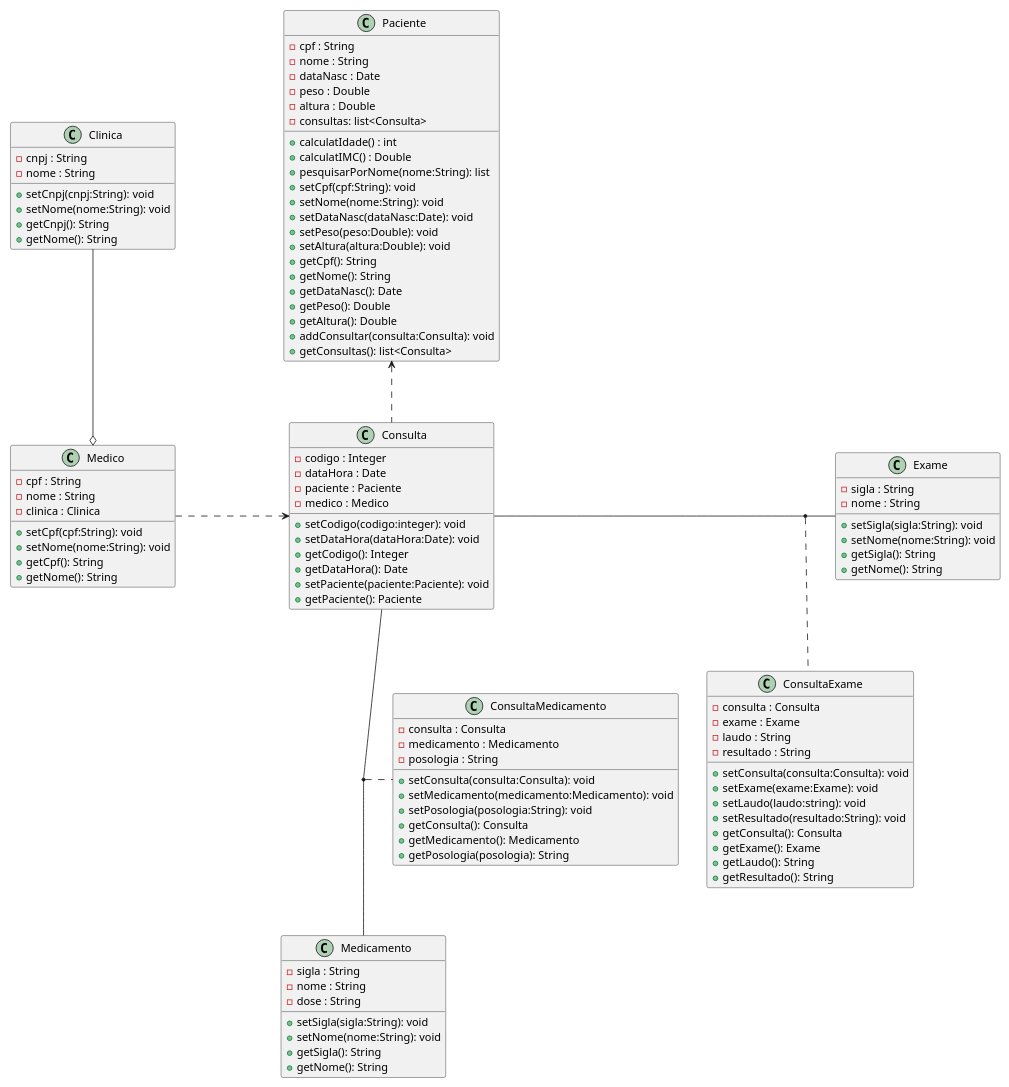
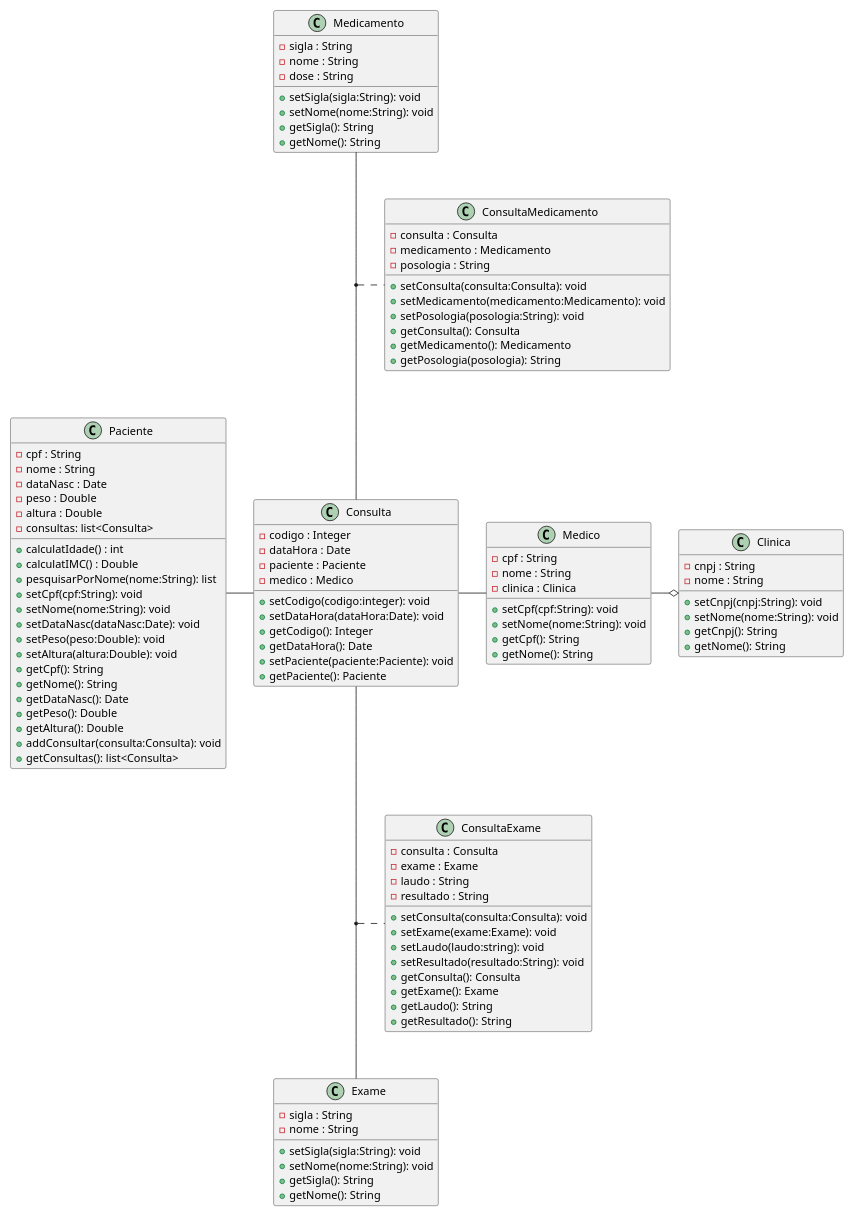
One commit to FabioFlorencio/plantUML changed the diagram in diagramas/class/1-clinica.plantuml. Above: the diagram before and after it, drawn with PlantUML. The commit also changed 1 other file, not shown here.

```diff
--- a/diagramas/class/1-clinica.plantuml
+++ b/diagramas/class/1-clinica.plantuml
@@ -1,119 +1,121 @@
 @startuml
 
 scale 0.85
 
 
 class "Clinica" as clinica
     clinica : - cnpj : String    
     clinica : - nome : String    
 
     clinica : + setCnpj(cnpj:String): void
     clinica : + setNome(nome:String): void
     clinica : + getCnpj(): String
     clinica : + getNome(): String
 
 class "Medico" as medico
     medico : - cpf : String    
     medico : - nome : String    
     medico : - clinica : Clinica    
 
     medico : + setCpf(cpf:String): void
     medico : + setNome(nome:String): void
     medico : + getCpf(): String
     medico : + getNome(): String
 
 class "ConsultaMedicamento" as consultaMedicamento
     consultaMedicamento : - consulta : Consulta    
     consultaMedicamento : - medicamento : Medicamento
     consultaMedicamento : - posologia : String
 
     consultaMedicamento : + setConsulta(consulta:Consulta): void
     consultaMedicamento : + setMedicamento(medicamento:Medicamento): void
     consultaMedicamento : + setPosologia(posologia:String): void
     consultaMedicamento : + getConsulta(): Consulta
     consultaMedicamento : + getMedicamento(): Medicamento
     consultaMedicamento : + getPosologia(posologia): String
 
 class "Medicamento" as medicamento
     medicamento : - sigla : String
     medicamento : - nome : String
     medicamento : - dose : String
 
     medicamento : + setSigla(sigla:String): void
     medicamento : + setNome(nome:String): void
     medicamento : + getSigla(): String
     medicamento : + getNome(): String    
 
 class "Consulta" as consulta
     consulta : - codigo : Integer
     consulta : - dataHora : Date
     consulta : - paciente : Paciente
     consulta : - medico : Medico
 
     consulta : + setCodigo(codigo:integer): void
     consulta : + setDataHora(dataHora:Date): void
     consulta : + getCodigo(): Integer
     consulta : + getDataHora(): Date
     consulta : + setPaciente(paciente:Paciente): void
     consulta : + getPaciente(): Paciente
 
 class "Paciente" as paciente
     paciente : - cpf : String
     paciente : - nome : String
     paciente : - dataNasc : Date
     paciente : - peso : Double
     paciente : - altura : Double
     paciente : - consultas: list<Consulta>
 
     paciente : + calculatIdade() : int
     paciente : + calculatIMC() : Double
     paciente : + pesquisarPorNome(nome:String): list
     paciente : + setCpf(cpf:String): void
     paciente : + setNome(nome:String): void
     paciente : + setDataNasc(dataNasc:Date): void
     paciente : + setPeso(peso:Double): void
     paciente : + setAltura(altura:Double): void
     paciente : + getCpf(): String
     paciente : + getNome(): String
     paciente : + getDataNasc(): Date
     paciente : + getPeso(): Double
     paciente : + getAltura(): Double
     paciente : + addConsultar(consulta:Consulta): void
     paciente : + getConsultas(): list<Consulta>
     
 class "ConsultaExame" as consultaExame
     consultaExame : - consulta : Consulta
     consultaExame : - exame : Exame
     consultaExame : - laudo : String
     consultaExame : - resultado : String
 
     consultaExame : + setConsulta(consulta:Consulta): void
     consultaExame : + setExame(exame:Exame): void
     consultaExame : + setLaudo(laudo:string): void
     consultaExame : + setResultado(resultado:String): void
     consultaExame : + getConsulta(): Consulta
     consultaExame : + getExame(): Exame
     consultaExame : + getLaudo(): String
     consultaExame : + getResultado(): String
 
 class "Exame" as exame
     exame : - sigla : String
     exame : - nome : String
     
     exame : + setSigla(sigla:String): void
     exame : + setNome(nome:String): void
     exame : + getSigla(): String
     exame : + getNome(): String
     
     
 ''=========================  RELACOES  ==================================
 
+consulta -u- exame
+(consulta, exame) . consultaExame
 
-consulta <.l.. medico : \t\t\t\t
-medico o-u- clinica
-consulta .u.> paciente : \t\t\t\t
-consulta -r- exame :\t\t\t\t\t\t\t\t\t\t\t\t\t  
-consulta -u- medicamento : \t\t\t\t
-(consulta, exame) . consultaExame : \t\t\t
-(consulta, medicamento) . consultaMedicamento 
-@enduml
+medicamento -d- consulta
+(consulta, medicamento) . consultaMedicamento
+
+consulta -l- paciente
+consulta -r- medico
+medico -o clinica
+
+@enduml 
```
